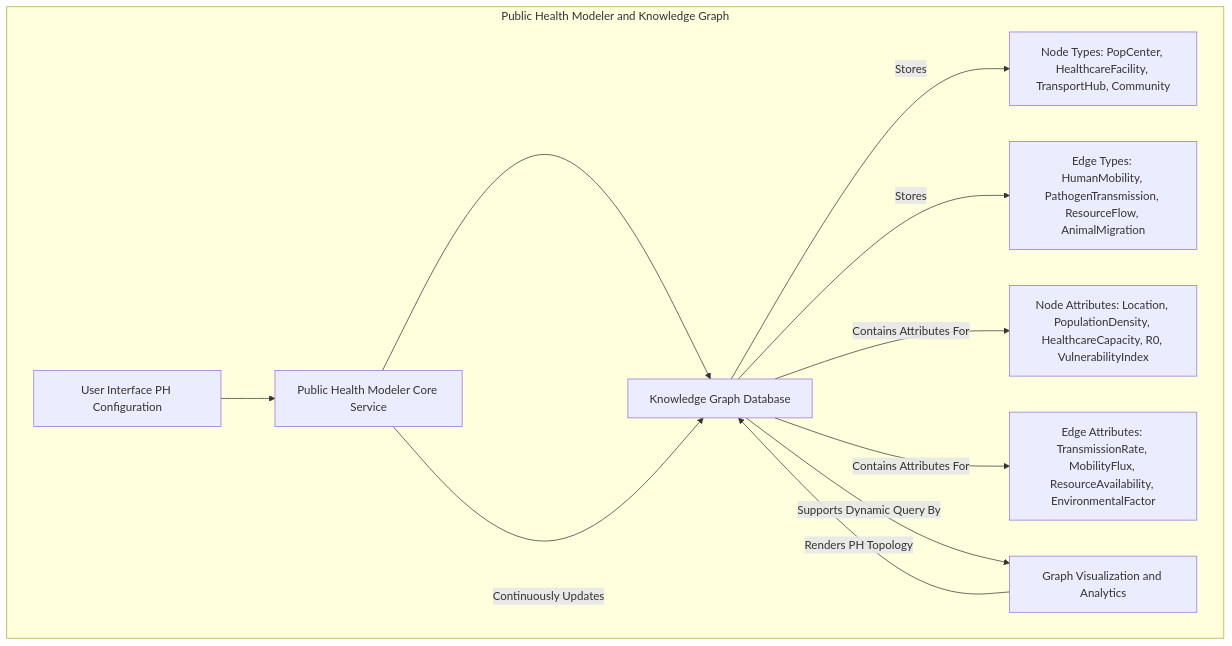
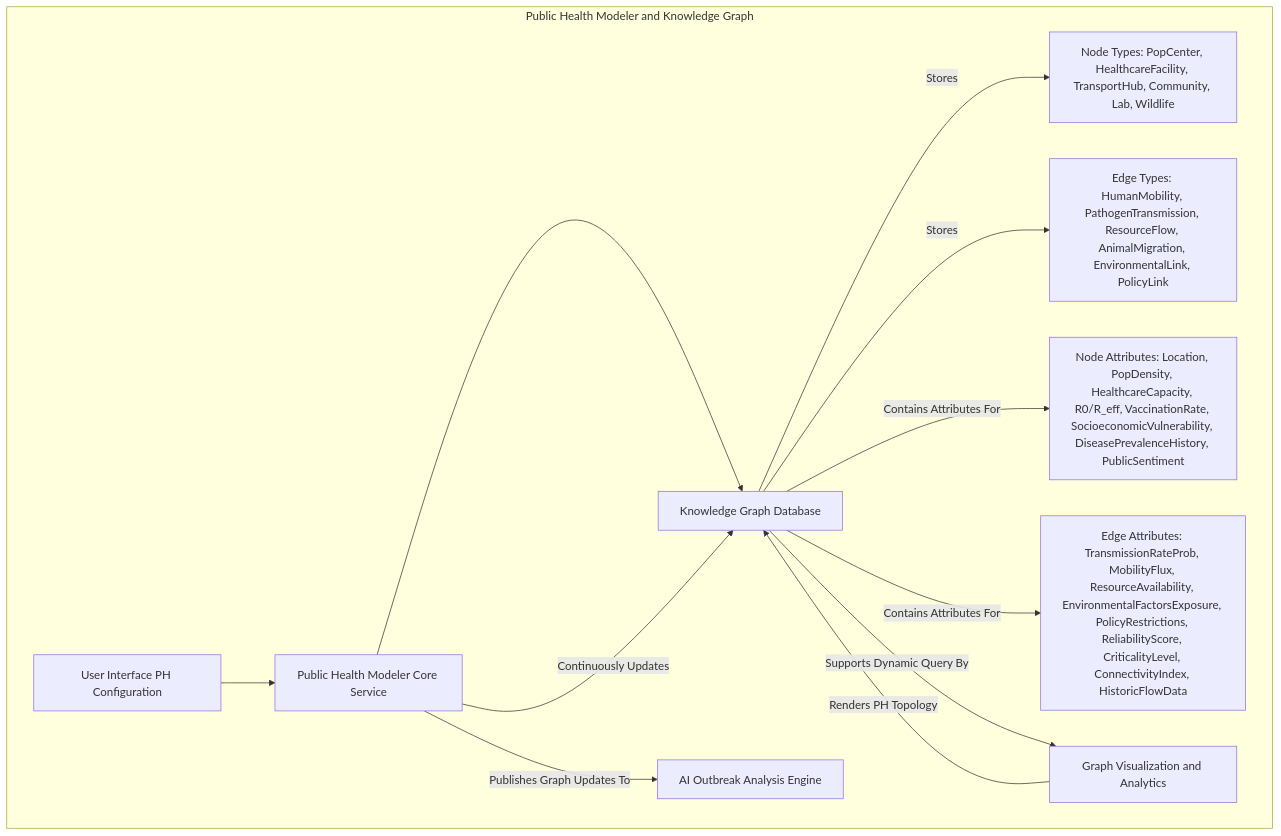
The second of 10 diagrams in inventions/inventions/025_predictive_epidemic_outbreak_modeling.md (diplomat-bit/Citibank_Demo_Business_Inc_Demonstration-), drawn with Mermaid before and after one commit. The commit also changed other lines of this file, not shown here.

Commit message:
[AI] Edit: inventions/inventions/025_predictive_epidemic_outbreak_modeling.md

````diff
--- a/inventions/inventions/025_predictive_epidemic_outbreak_modeling.md
+++ b/inventions/inventions/025_predictive_epidemic_outbreak_modeling.md
@@ -108,14 +117,15 @@
 ```mermaid
 graph TD
     subgraph Public Health Modeler and Knowledge Graph
         UI_PH[User Interface PH Configuration] --> PHMS[Public Health Modeler Core Service]
         PHMS --> KGD[Knowledge Graph Database]
-        KGD -- Stores --> NODE_TYPES[Node Types: PopCenter, HealthcareFacility, TransportHub, Community]
-        KGD -- Stores --> EDGE_TYPES[Edge Types: HumanMobility, PathogenTransmission, ResourceFlow, AnimalMigration]
-        KGD -- Contains Attributes For --> NODE_ATTRS[Node Attributes: Location, PopulationDensity, HealthcareCapacity, R0, VulnerabilityIndex]
-        KGD -- Contains Attributes For --> EDGE_ATTRS[Edge Attributes: TransmissionRate, MobilityFlux, ResourceAvailability, EnvironmentalFactor]
+        KGD -- Stores --> NODE_TYPES[Node Types: PopCenter, HealthcareFacility, TransportHub, Community, Lab, Wildlife]
+        KGD -- Stores --> EDGE_TYPES[Edge Types: HumanMobility, PathogenTransmission, ResourceFlow, AnimalMigration, EnvironmentalLink, PolicyLink]
+        KGD -- Contains Attributes For --> NODE_ATTRS[Node Attributes: Location, PopDensity, HealthcareCapacity, R0/R_eff, VaccinationRate, SocioeconomicVulnerability, DiseasePrevalenceHistory, PublicSentiment]
+        KGD -- Contains Attributes For --> EDGE_ATTRS[Edge Attributes: TransmissionRateProb, MobilityFlux, ResourceAvailability, EnvironmentalFactorsExposure, PolicyRestrictions, ReliabilityScore, CriticalityLevel, ConnectivityIndex, HistoricFlowData]
         KGD -- Supports Dynamic Query By --> GVA[Graph Visualization and Analytics]
         PHMS -- Continuously Updates --> KGD
         GVA -- Renders PH Topology --> KGD
+        PHMS -- Publishes Graph Updates To --> AICore[AI Outbreak Analysis Engine]
     end
 ```
````
